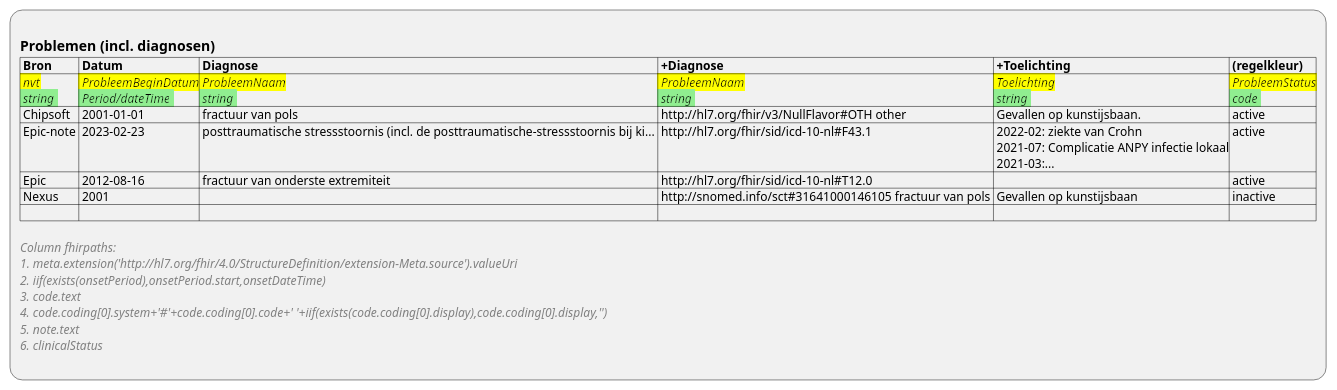
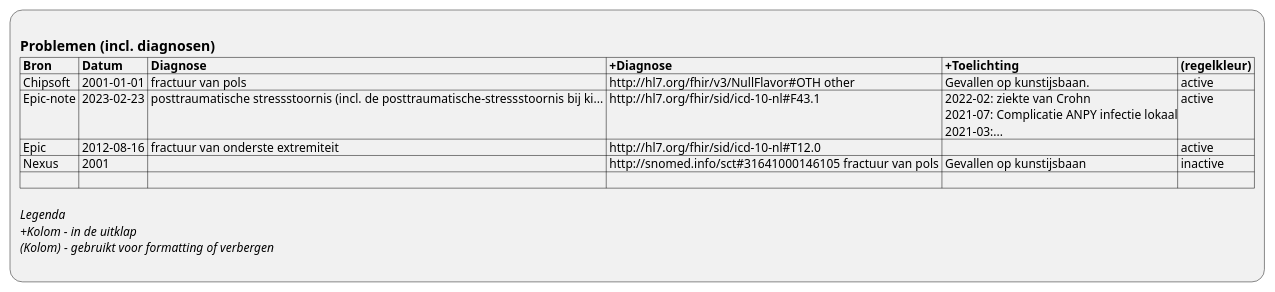
One commit to RIVO-Noord/zorgviewer-ig changed the diagram in input/images-source/ViewDefinition-Condition.plantuml. Above: the diagram before and after it, drawn with PlantUML. The commit also changed 35 other files, not shown here.

```diff
--- a/input/images-source/ViewDefinition-Condition.plantuml
+++ b/input/images-source/ViewDefinition-Condition.plantuml
@@ -1,20 +1,15 @@
 @startuml ViewDefinition-Condition
 :
 == Problemen (incl. diagnosen)
 |= Bron |= Datum |= Diagnose |= +Diagnose |= +Toelichting |= (regelkleur) |
-|<back:yellow> //nvt//\n<back:lightgreen> //string// |<back:yellow> //ProbleemBeginDatum//\n<back:lightgreen> //Period/dateTime// |<back:yellow> //ProbleemNaam//\n<back:lightgreen> //string// |<back:yellow> //ProbleemNaam//\n<back:lightgreen> //string// |<back:yellow> //Toelichting//\n<back:lightgreen> //string// |<back:yellow> //ProbleemStatus//\n<back:lightgreen> //code// |
 | Chipsoft | 2001-01-01 | fractuur van pols | http://hl7.org/fhir/v3/NullFlavor#OTH other | Gevallen op kunstijsbaan. | active |
 | Epic-note | 2023-02-23 | posttraumatische stressstoornis (incl. de posttraumatische-stressstoornis bij ki... | http://hl7.org/fhir/sid/icd-10-nl#F43.1  | 2022-02: ziekte van Crohn\n 2021-07: Complicatie ANPY infectie lokaal\n 2021-03:... | active |
 | Epic | 2012-08-16 | fractuur van onderste extremiteit | http://hl7.org/fhir/sid/icd-10-nl#T12.0  |  | active |
 | Nexus | 2001 |  | http://snomed.info/sct#31641000146105 fractuur van pols | Gevallen op kunstijsbaan | inactive |
 | |
 
-<color:gray>//Column fhirpaths://
-<color:gray>//1. meta.extension('http:~//hl7.org/fhir/4.0/StructureDefinition/extension-Meta.source').valueUri//
-<color:gray>//2. iif(exists(onsetPeriod),onsetPeriod.start,onsetDateTime)//
-<color:gray>//3. code.text//
-<color:gray>//4. code.coding[0].system+'#'+code.coding[0].code+' '+iif(exists(code.coding[0].display),code.coding[0].display,'')//
-<color:gray>//5. note.text//
-<color:gray>//6. clinicalStatus//
+//Legenda//
+//+Kolom - in de uitklap//
+//(Kolom) - gebruikt voor formatting of verbergen//
 ;
 @enduml
```
